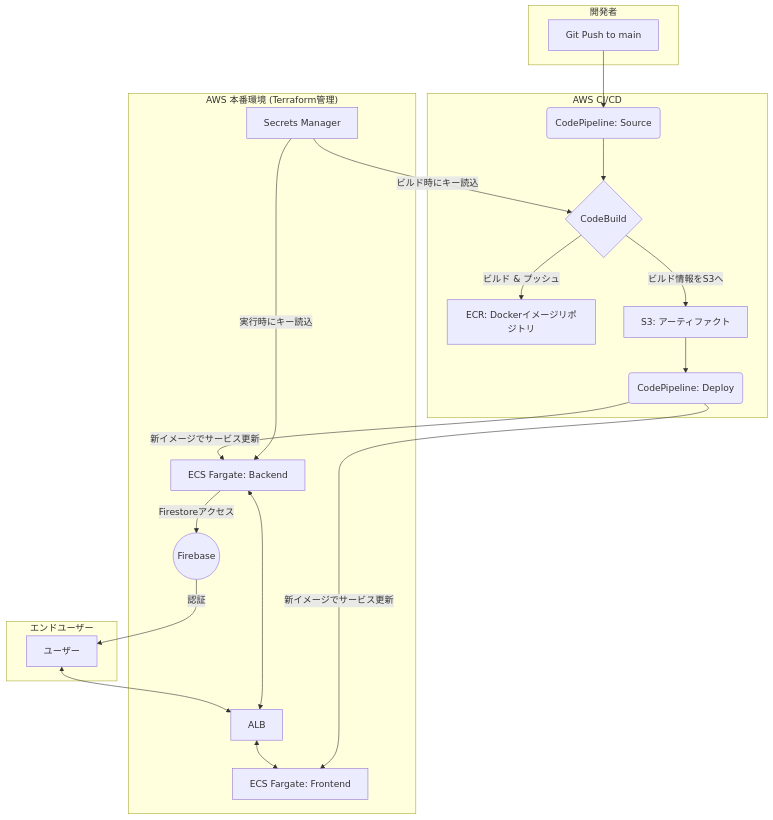
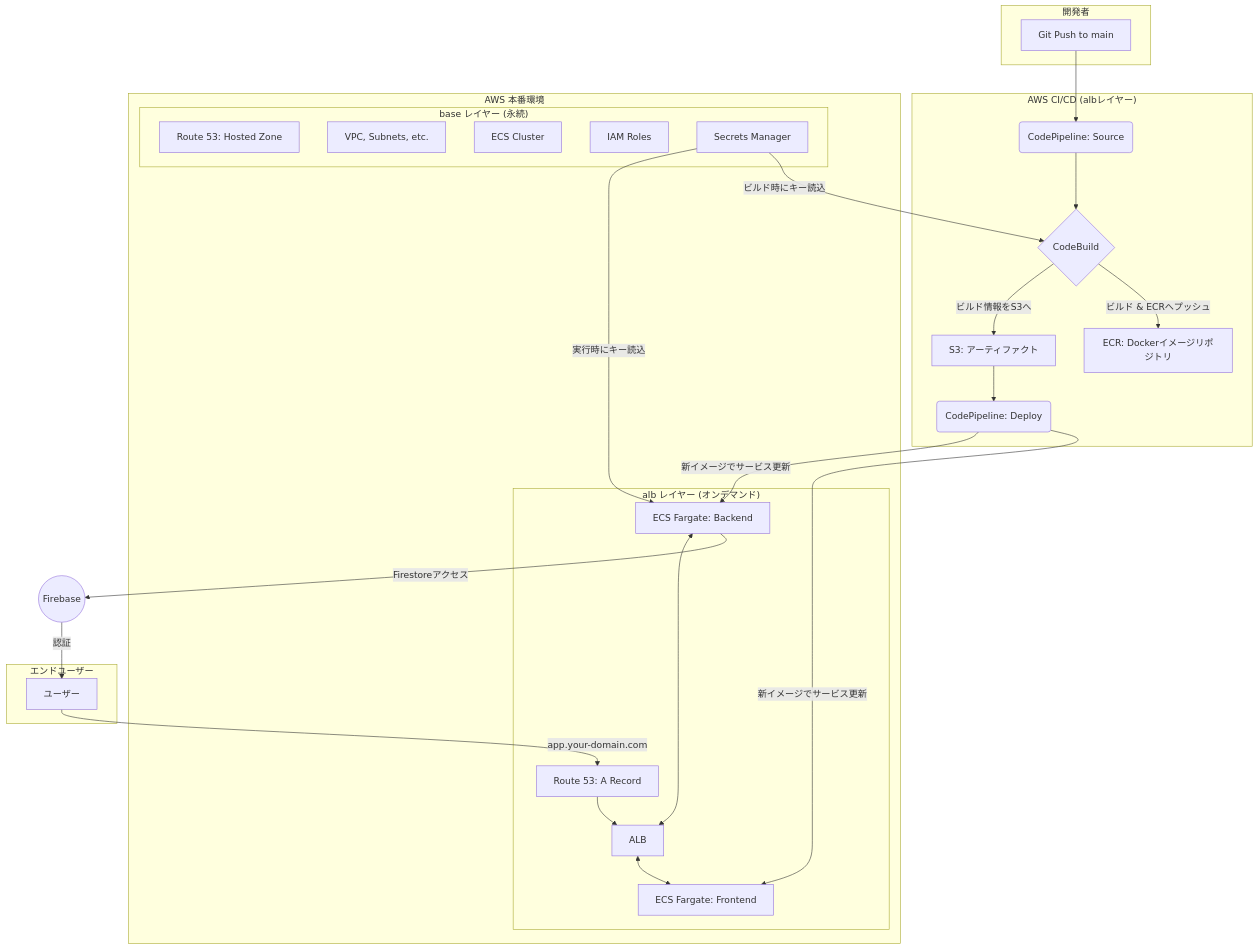
Before and after one commit to kaz-mathui/LifePlan: the diagram in README.md, drawn with Mermaid. The commit also changed other lines of this file, not shown here.

````diff
--- a/README.md
+++ b/README.md
@@ -21,30 +29,48 @@
 ```mermaid
 graph TD
     subgraph "開発者"
         A[Git Push to main]
     end
 
-    subgraph "AWS CI/CD"
+    subgraph "AWS CI/CD (albレイヤー)"
         A --> B(CodePipeline: Source)
         B --> C{CodeBuild}
-        C -- ビルド & プッシュ --> D[ECR: Dockerイメージリポジトリ]
+        C -- ビルド & ECRへプッシュ --> D[ECR: Dockerイメージリポジトリ]
         C -- ビルド情報をS3へ --> E[S3: アーティファクト]
         E --> F(CodePipeline: Deploy)
     end
 
-    subgraph "AWS 本番環境 (Terraform管理)"
-        G[ALB] <--> H[ECS Fargate: Frontend]
-        G <--> I[ECS Fargate: Backend]
-        I -- Firestoreアクセス --> J((Firebase))
-        F -- 新イメージでサービス更新 --> H
-        F -- 新イメージでサービス更新 --> I
-        K[Secrets Manager] -- ビルド時にキー読込 --> C
-        K -- 実行時にキー読込 --> I
-    end
-    
-    subgraph "エンドユーザー"
-        L[ユーザー] <--> G
+    subgraph "AWS 本番環境"
+        subgraph "base レイヤー (永続)"
+            D
+            J[Route 53: Hosted Zone]
+            L[VPC, Subnets, etc.]
+            M[ECS Cluster]
+            N[IAM Roles]
+            O[Secrets Manager]
+        end
+
+        subgraph "alb レイヤー (オンデマンド)"
+            G[ALB]
+            H[ECS Fargate: Frontend]
+            I[ECS Fargate: Backend]
+            K[Route 53: A Record]
+
+            F -- 新イメージでサービス更新 --> H
+            F -- 新イメージでサービス更新 --> I
+        end
+
+        O -- ビルド時にキー読込 --> C
+        O -- 実行時にキー読込 --> I
     end
 
-    J -- 認証 --> L
+    subgraph "エンドユーザー"
+        P[ユーザー]
+    end
+
+    P -- app.your-domain.com --> K --> G
+    G <--> H
+    G <--> I
+    I -- Firestoreアクセス --> Q((Firebase))
+    Q -- 認証 --> P
 ```
````
